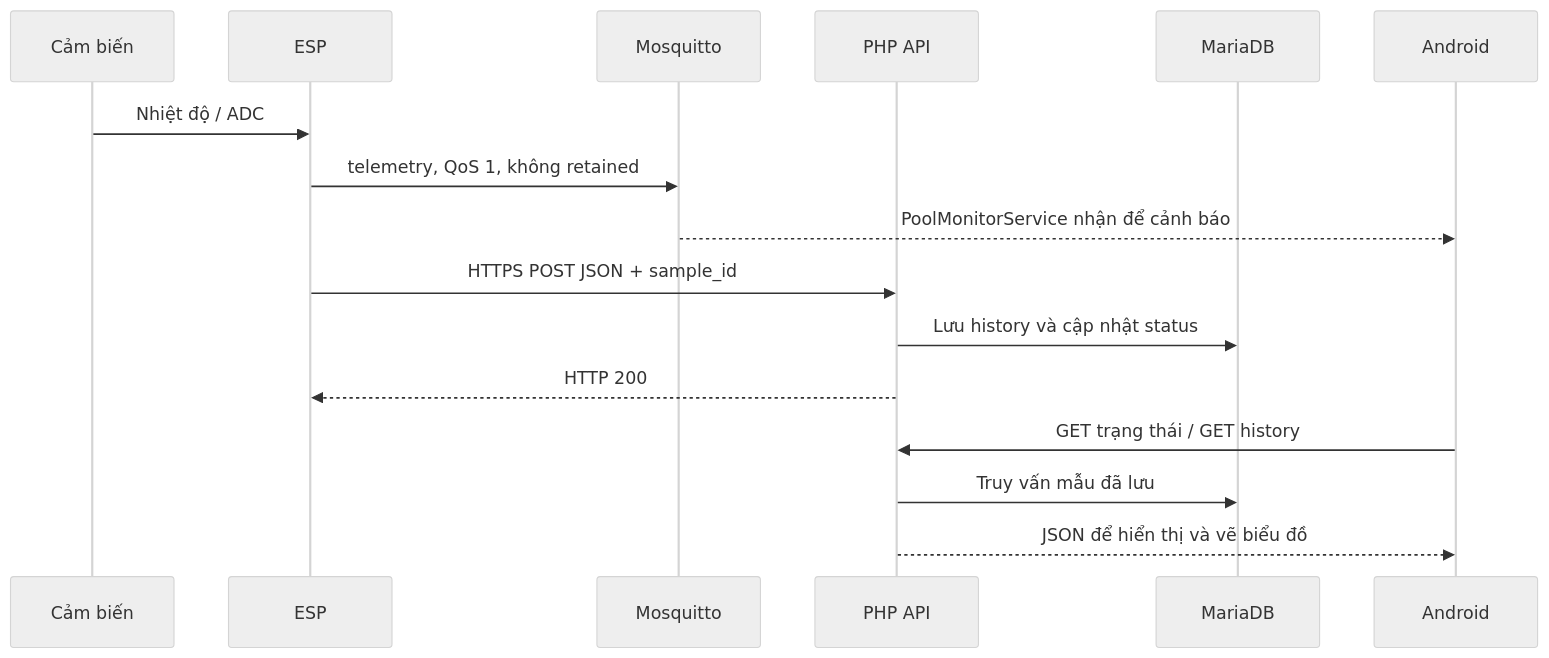
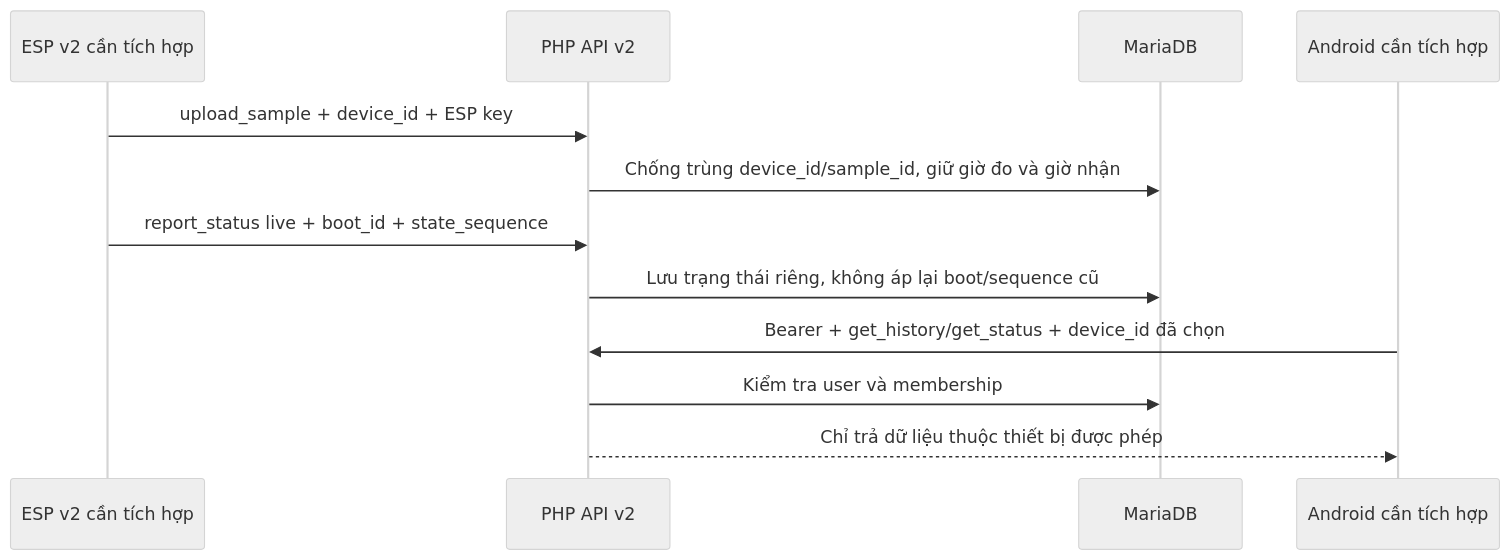
One commit to LunaBui17/smartpool changed the second of 2 diagrams in docs/system-flow.md. Above: the diagram before and after it, drawn with Mermaid (neutral theme). The commit also changed other lines of this file and 26 other files, not shown here.

````diff
--- a/docs/system-flow.md
+++ b/docs/system-flow.md
@@ -61,18 +21,14 @@
 ```mermaid
 sequenceDiagram
-    participant S as Cảm biến
-    participant E as ESP
-    participant M as Mosquitto
-    participant P as PHP API
+    participant E as ESP v2 cần tích hợp
+    participant P as PHP API v2
     participant D as MariaDB
-    participant A as Android
-    S->>E: Nhiệt độ / ADC
-    E->>M: telemetry, QoS 1, không retained
-    M-->>A: PoolMonitorService nhận để cảnh báo
-    E->>P: HTTPS POST JSON + sample_id
-    P->>D: Lưu history và cập nhật status
-    P-->>E: HTTP 200
-    A->>P: GET trạng thái / GET history
-    P->>D: Truy vấn mẫu đã lưu
-    P-->>A: JSON để hiển thị và vẽ biểu đồ
+    participant A as Android cần tích hợp
+    E->>P: upload_sample + device_id + ESP key
+    P->>D: Chống trùng device_id/sample_id, giữ giờ đo và giờ nhận
+    E->>P: report_status live + boot_id + state_sequence
+    P->>D: Lưu trạng thái riêng, không áp lại boot/sequence cũ
+    A->>P: Bearer + get_history/get_status + device_id đã chọn
+    P->>D: Kiểm tra user và membership
+    P-->>A: Chỉ trả dữ liệu thuộc thiết bị được phép
 ```
````
